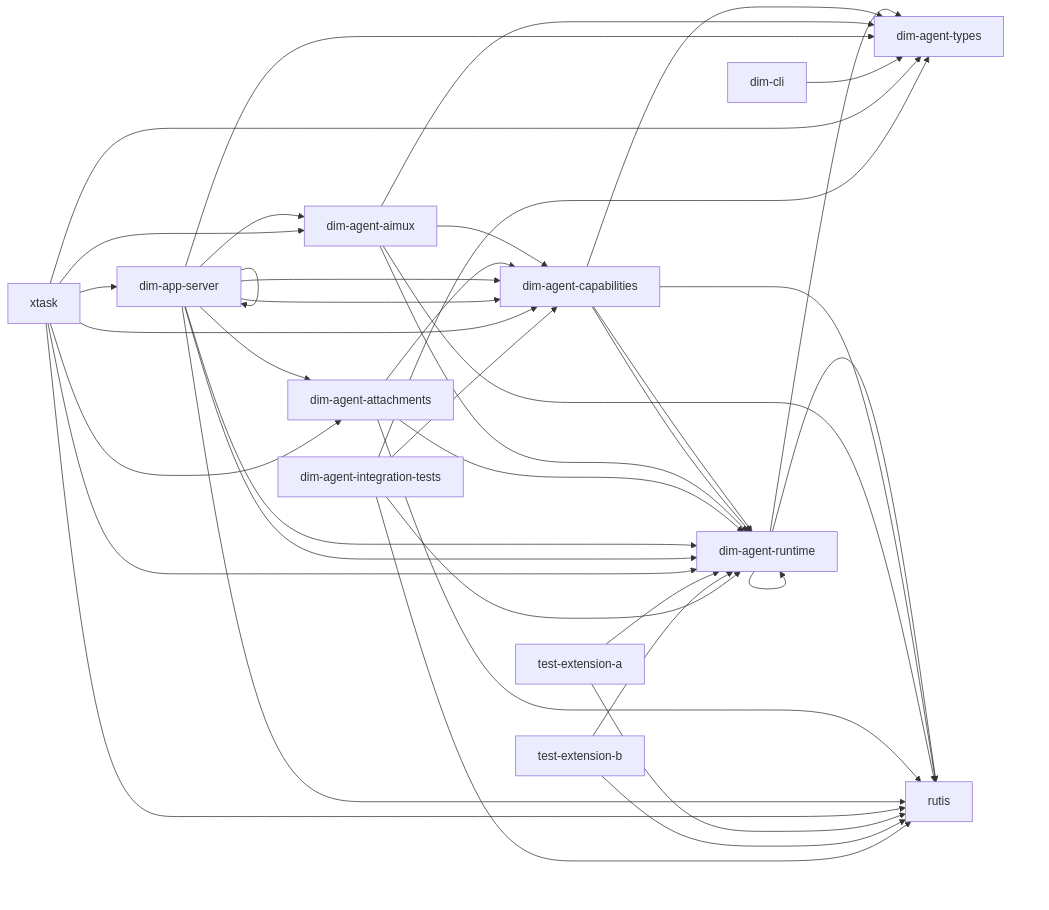
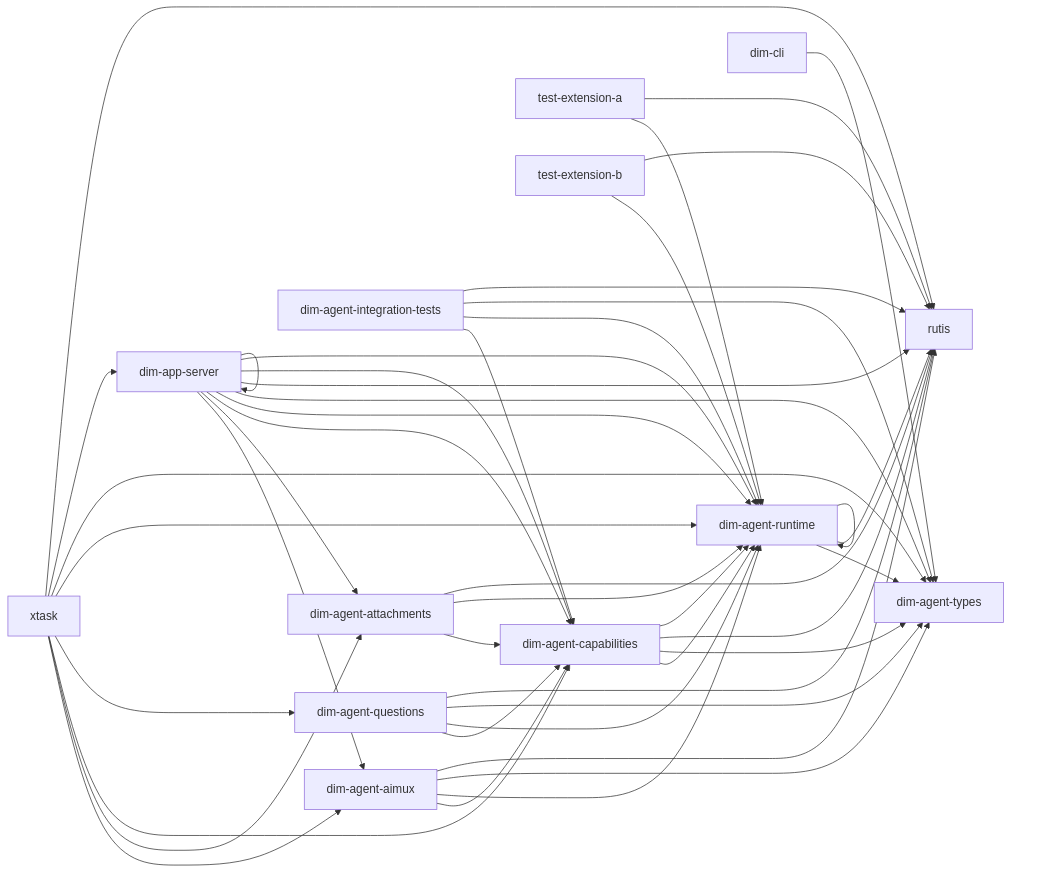
The diagram in docs/architecture/rust-agent/generated/crates.mmd (CoutinhoTTS/dim-agent), drawn with Mermaid before and after one commit. The commit also changed 16 other files, not shown here.

```diff
--- a/docs/architecture/rust-agent/generated/crates.mmd
+++ b/docs/architecture/rust-agent/generated/crates.mmd
@@ -1,41 +1,46 @@
 %% Generated from cargo metadata; do not edit.
 flowchart LR
   dim_agent_runtime["dim-agent-runtime"] --> dim_agent_types["dim-agent-types"]
   dim_agent_runtime["dim-agent-runtime"] --> rutis["rutis"]
   dim_agent_runtime["dim-agent-runtime"] --> dim_agent_runtime["dim-agent-runtime"]
   dim_agent_capabilities["dim-agent-capabilities"] --> dim_agent_runtime["dim-agent-runtime"]
   dim_agent_capabilities["dim-agent-capabilities"] --> dim_agent_types["dim-agent-types"]
   dim_agent_capabilities["dim-agent-capabilities"] --> rutis["rutis"]
   dim_agent_capabilities["dim-agent-capabilities"] --> dim_agent_runtime["dim-agent-runtime"]
   dim_agent_aimux["dim-agent-aimux"] --> dim_agent_capabilities["dim-agent-capabilities"]
   dim_agent_aimux["dim-agent-aimux"] --> dim_agent_runtime["dim-agent-runtime"]
   dim_agent_aimux["dim-agent-aimux"] --> dim_agent_types["dim-agent-types"]
   dim_agent_aimux["dim-agent-aimux"] --> rutis["rutis"]
   dim_agent_attachments["dim-agent-attachments"] --> dim_agent_capabilities["dim-agent-capabilities"]
   dim_agent_attachments["dim-agent-attachments"] --> dim_agent_runtime["dim-agent-runtime"]
   dim_agent_attachments["dim-agent-attachments"] --> rutis["rutis"]
+  dim_agent_questions["dim-agent-questions"] --> dim_agent_capabilities["dim-agent-capabilities"]
+  dim_agent_questions["dim-agent-questions"] --> dim_agent_runtime["dim-agent-runtime"]
+  dim_agent_questions["dim-agent-questions"] --> dim_agent_types["dim-agent-types"]
+  dim_agent_questions["dim-agent-questions"] --> rutis["rutis"]
   dim_app_server["dim-app-server"] --> dim_agent_aimux["dim-agent-aimux"]
   dim_app_server["dim-app-server"] --> dim_agent_attachments["dim-agent-attachments"]
   dim_app_server["dim-app-server"] --> dim_agent_capabilities["dim-agent-capabilities"]
   dim_app_server["dim-app-server"] --> dim_agent_runtime["dim-agent-runtime"]
   dim_app_server["dim-app-server"] --> dim_agent_types["dim-agent-types"]
   dim_app_server["dim-app-server"] --> rutis["rutis"]
   dim_app_server["dim-app-server"] --> dim_agent_capabilities["dim-agent-capabilities"]
   dim_app_server["dim-app-server"] --> dim_agent_runtime["dim-agent-runtime"]
   dim_app_server["dim-app-server"] --> dim_app_server["dim-app-server"]
   dim_cli["dim-cli"] --> dim_agent_types["dim-agent-types"]
   xtask["xtask"] --> dim_agent_aimux["dim-agent-aimux"]
   xtask["xtask"] --> dim_agent_attachments["dim-agent-attachments"]
   xtask["xtask"] --> dim_agent_capabilities["dim-agent-capabilities"]
+  xtask["xtask"] --> dim_agent_questions["dim-agent-questions"]
   xtask["xtask"] --> dim_agent_runtime["dim-agent-runtime"]
   xtask["xtask"] --> dim_agent_types["dim-agent-types"]
   xtask["xtask"] --> dim_app_server["dim-app-server"]
   xtask["xtask"] --> rutis["rutis"]
   test_extension_a["test-extension-a"] --> dim_agent_runtime["dim-agent-runtime"]
   test_extension_a["test-extension-a"] --> rutis["rutis"]
   test_extension_b["test-extension-b"] --> dim_agent_runtime["dim-agent-runtime"]
   test_extension_b["test-extension-b"] --> rutis["rutis"]
   dim_agent_integration_tests["dim-agent-integration-tests"] --> dim_agent_capabilities["dim-agent-capabilities"]
   dim_agent_integration_tests["dim-agent-integration-tests"] --> dim_agent_runtime["dim-agent-runtime"]
   dim_agent_integration_tests["dim-agent-integration-tests"] --> dim_agent_types["dim-agent-types"]
   dim_agent_integration_tests["dim-agent-integration-tests"] --> rutis["rutis"]
```
